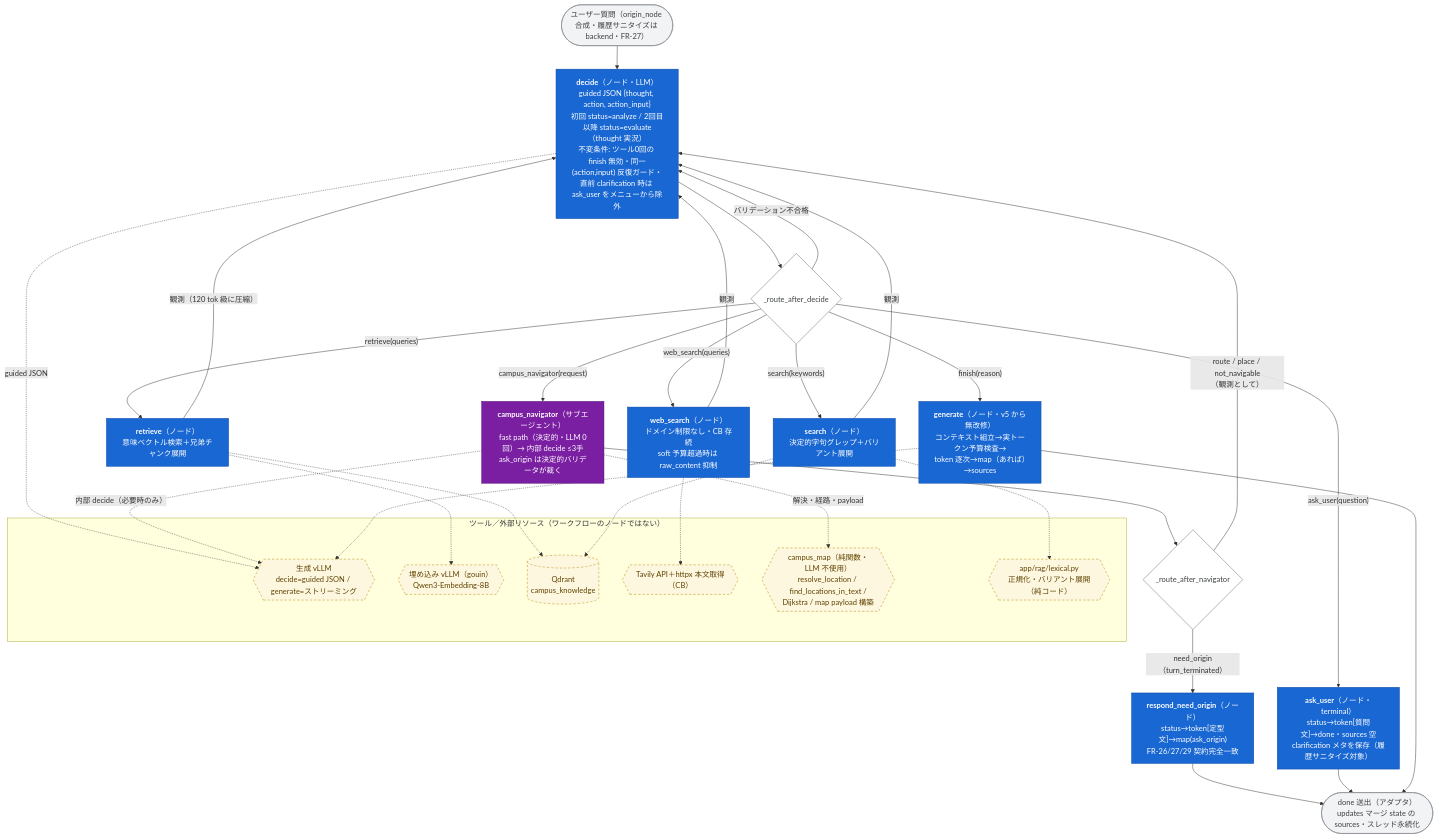
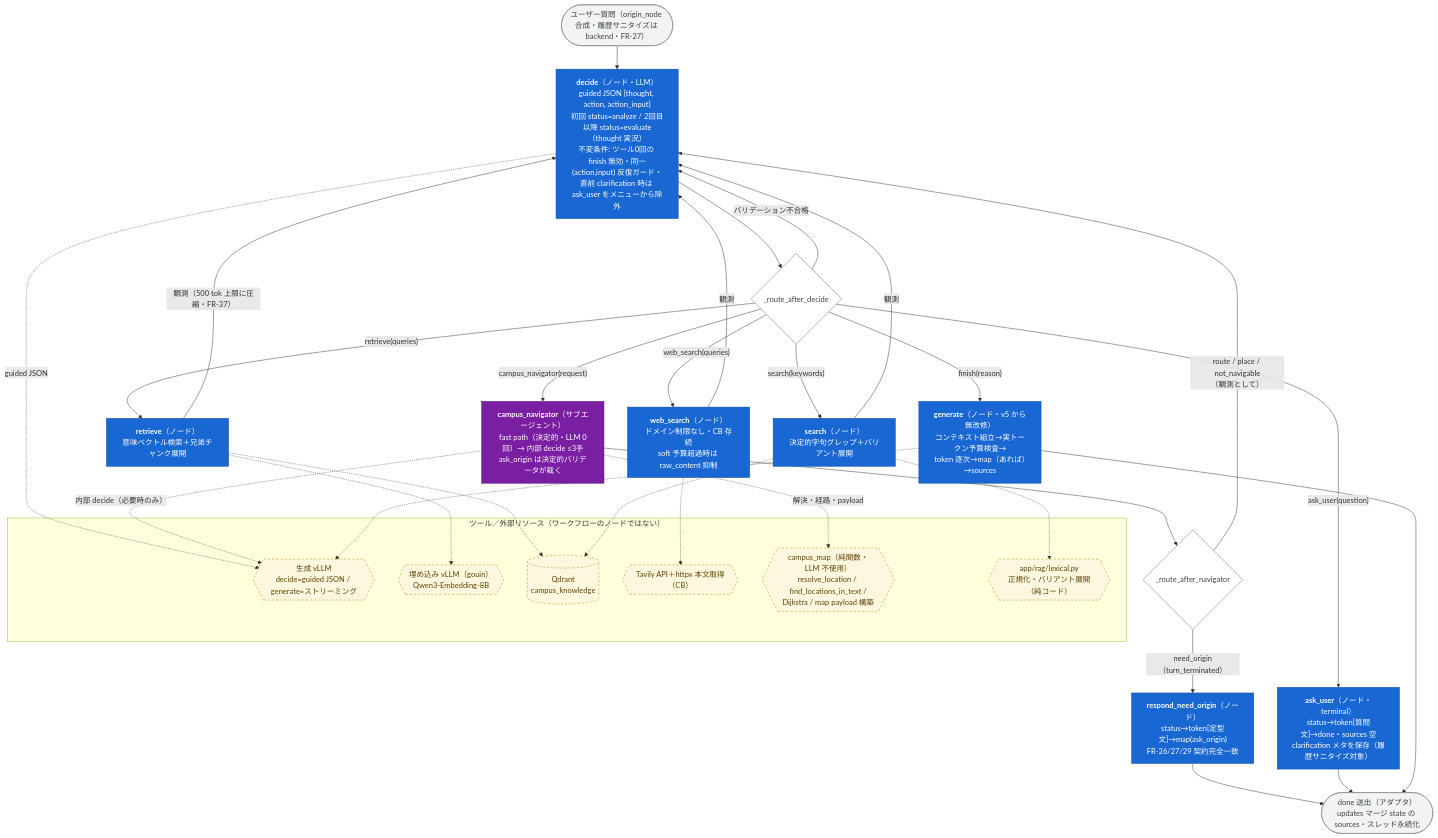
Before and after one commit to TakaJun02/sarutahiko: the second of 3 diagrams in docs/AGENT_ARCHITECTURE.md, drawn with Mermaid. The commit also changed other lines of this file and 3 other files, not shown here.

````diff
--- a/docs/AGENT_ARCHITECTURE.md
+++ b/docs/AGENT_ARCHITECTURE.md
@@ -63,51 +63,51 @@
 ```mermaid
 flowchart TD
     Q(["ユーザー質問（origin_node 合成・履歴サニタイズは backend・FR-27）"]):::orch --> DE
 
     DE["<b>decide</b>（ノード・LLM）<br/>guided JSON {thought, action, action_input}<br/>初回 status=analyze / 2回目以降 status=evaluate（thought 実況）<br/>不変条件: ツール0回の finish 無効・同一(action,input) 反復ガード・<br/>直前 clarification 時は ask_user をメニューから除外"]:::wfnode
 
     DE --> RD{"_route_after_decide"}:::router
     RD -->|"retrieve(queries)"| RT["<b>retrieve</b>（ノード）<br/>意味ベクトル検索＋兄弟チャンク展開"]:::wfnode
     RD -->|"search(keywords)"| SE["<b>search</b>（ノード）<br/>決定的字句グレップ＋バリアント展開"]:::wfnode
     RD -->|"web_search(queries)"| WS["<b>web_search</b>（ノード）<br/>ドメイン制限なし・CB 存続<br/>soft 予算超過時は raw_content 抑制"]:::wfnode
     RD -->|"campus_navigator(request)"| NV["<b>campus_navigator</b>（サブエージェント）<br/>fast path（決定的・LLM 0回）→ 内部 decide ≤3手<br/>ask_origin は決定的バリデータが裁く"]:::subag
     RD -->|"バリデーション不合格"| DE
 
-    RT -->|"観測（120 tok 級に圧縮）"| DE
+    RT -->|"観測（500 tok 上限に圧縮・FR-37）"| DE
     SE -->|"観測"| DE
     WS -->|"観測"| DE
     NV --> RN{"_route_after_navigator"}:::router
     RN -->|"route / place / not_navigable<br/>（観測として）"| DE
     RN -->|"need_origin（turn_terminated）"| AO["<b>respond_need_origin</b>（ノード）<br/>status→token[定型文]→map(ask_origin)<br/>FR-26/27/29 契約完全一致"]:::wfnode
     AO --> DONE
 
     RD -->|"ask_user(question)"| AU["<b>ask_user</b>（ノード・terminal）<br/>status→token[質問文]→done・sources 空<br/>clarification メタを保存（履歴サニタイズ対象）"]:::wfnode
     AU --> DONE
     RD -->|"finish(reason)"| GE["<b>generate</b>（ノード・v5 から無改修）<br/>コンテキスト組立→実トークン予算検査→<br/>token 逐次→map（あれば）→sources"]:::wfnode
     GE --> DONE(["done 送出（アダプタ）<br/>updates マージ state の sources・スレッド永続化"]):::orch
 
     subgraph TOOLS["ツール／外部リソース（ワークフローのノードではない）"]
         VLLM{{"生成 vLLM<br/>decide=guided JSON / generate=ストリーミング"}}:::tool
         EMB{{"埋め込み vLLM（gouin）<br/>Qwen3-Embedding-8B"}}:::tool
         QD[("Qdrant<br/>campus_knowledge")]:::tool
         TAV{{"Tavily API＋httpx 本文取得（CB）"}}:::tool
         CM{{"campus_map（純関数・LLM 不使用）<br/>resolve_location / find_locations_in_text /<br/>Dijkstra / map payload 構築"}}:::tool
         LEX{{"app/rag/lexical.py<br/>正規化・バリアント展開（純コード）"}}:::tool
     end
 
     DE -.->|"guided JSON"| VLLM
     RT -.-> EMB
     RT -.-> QD
     SE -.-> QD
     SE -.-> LEX
     WS -.-> TAV
     NV -.->|"内部 decide（必要時のみ）"| VLLM
     NV -.->|"解決・経路・payload"| CM
     GE -.-> VLLM
 
     classDef wfnode fill:#1967d2,stroke:#0b47a1,color:#ffffff
     classDef subag fill:#7b1fa2,stroke:#4a0072,color:#ffffff
     classDef tool fill:#fef7e0,stroke:#b58800,color:#5f4300,stroke-dasharray: 5 4
     classDef orch fill:#f1f3f4,stroke:#80868b,color:#3c4043
     classDef router fill:#ffffff,stroke:#5f6368,color:#3c4043
 ```
````
